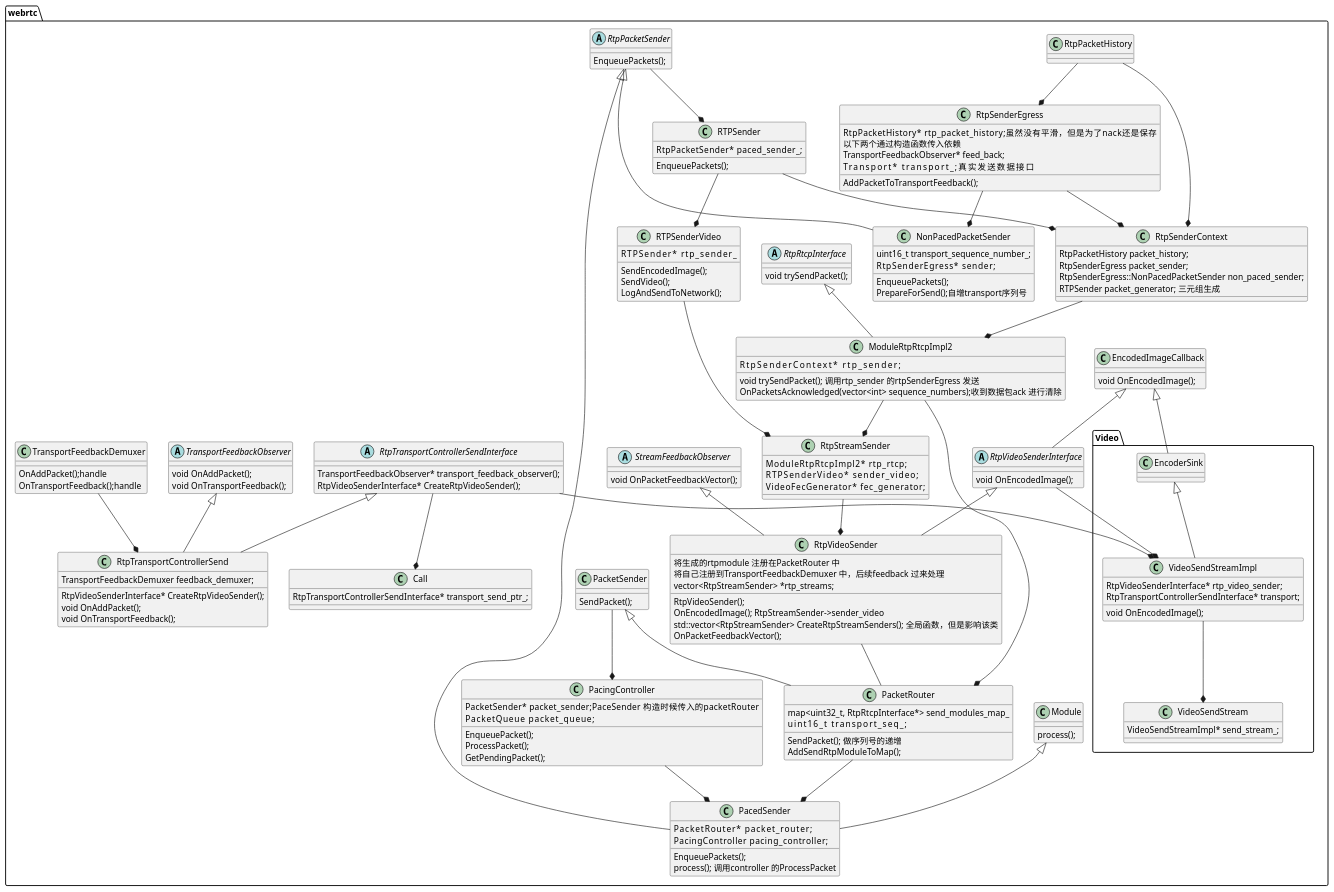
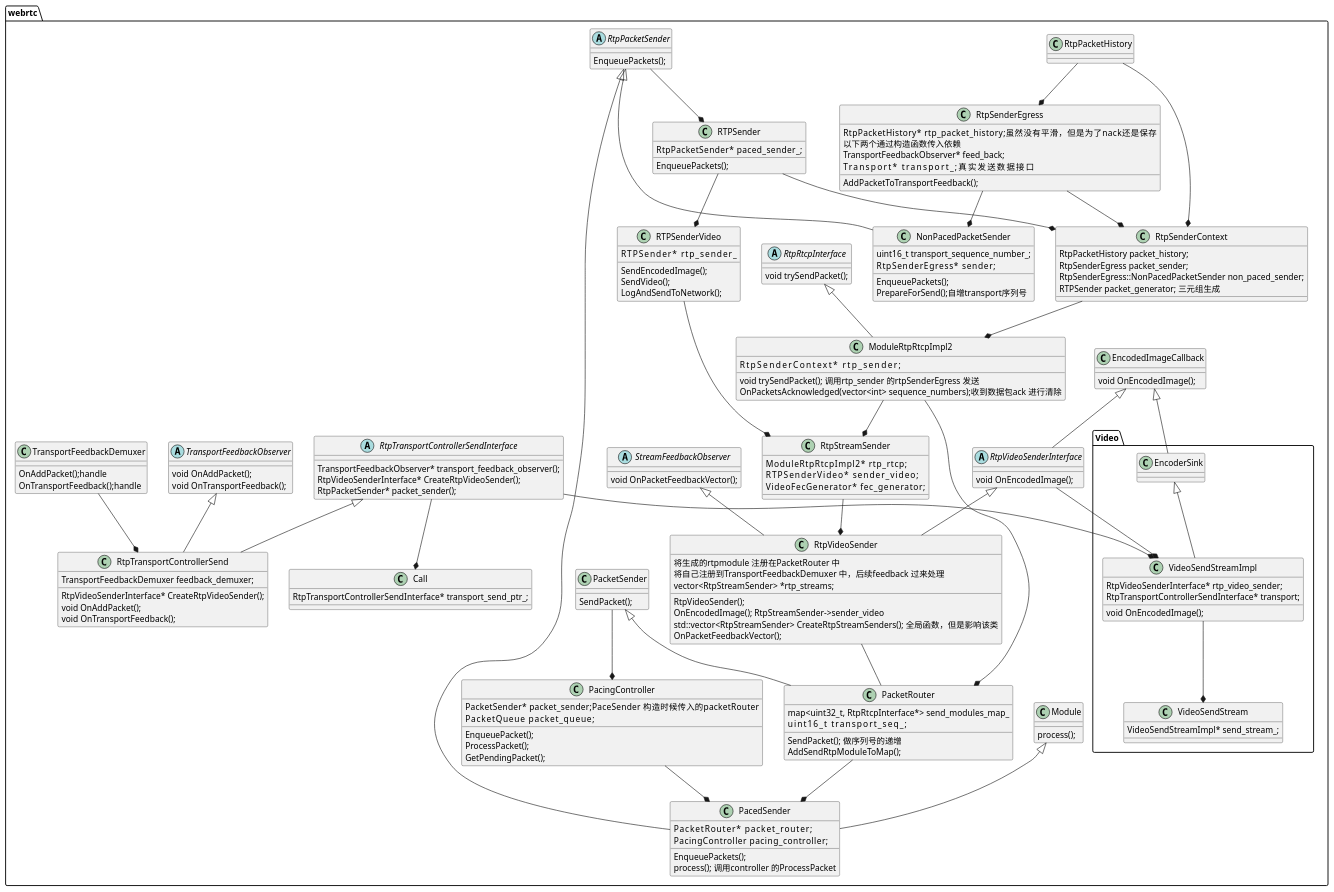
Before and after one commit to hjybdrs/hjybdrs.github.io: the diagram in source/_posts/call/callMaster.plantuml, drawn with PlantUML. The commit also changed 4 other files, not shown here.

```diff
--- a/source/_posts/call/callMaster.plantuml
+++ b/source/_posts/call/callMaster.plantuml
@@ -182,6 +182,7 @@
     {
         TransportFeedbackObserver* transport_feedback_observer();
         RtpVideoSenderInterface* CreateRtpVideoSender();
+        RtpPacketSender* packet_sender();
     }
 
     class TransportFeedbackDemuxer
```
